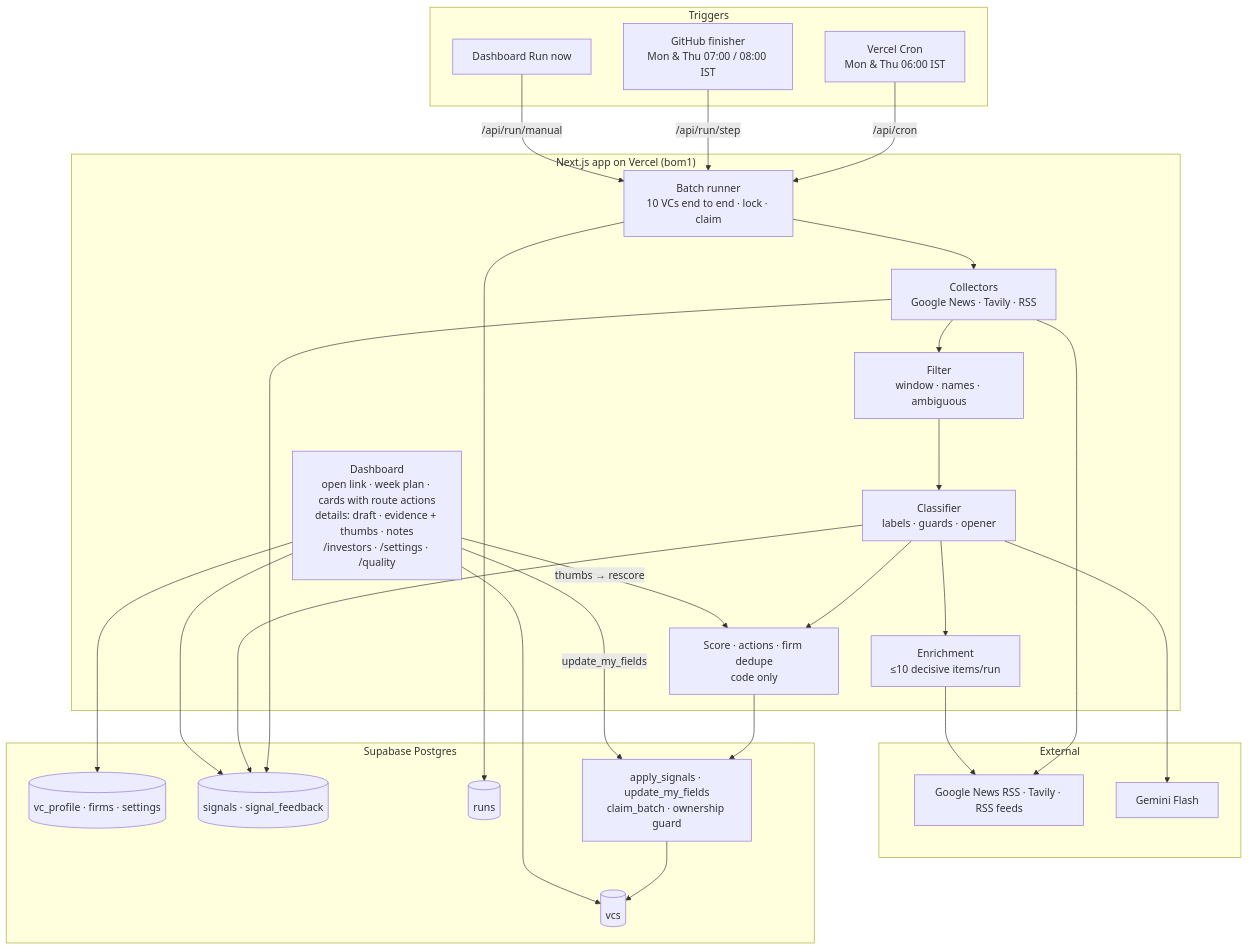
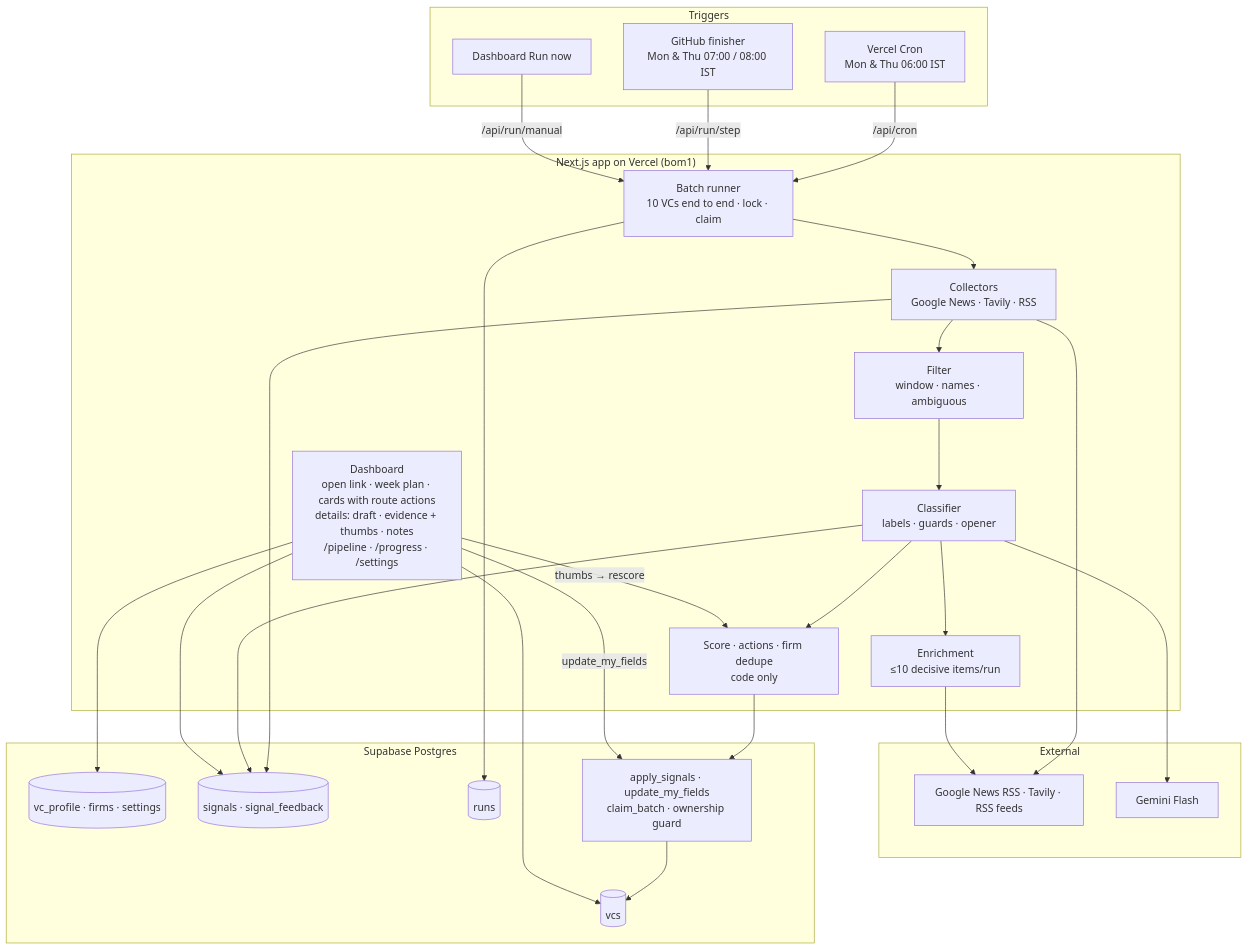
One commit to utkarshmesa/DashboardVC changed the diagram in README.md. Above: the diagram before and after it, drawn with Mermaid. The commit also changed other lines of this file and 47 other files, not shown here.

First line of the commit message:
Plan V2: signal-first recommendations, problem-only persona, to-do and progress dashboard

````diff
--- a/README.md
+++ b/README.md
@@ -103,41 +103,41 @@
 ```mermaid
 flowchart TB
   subgraph Triggers
     CRON[Vercel Cron<br/>Mon & Thu 06:00 IST]
     GH[GitHub finisher<br/>Mon & Thu 07:00 / 08:00 IST]
     RUNNOW[Dashboard Run now]
   end
   subgraph Vercel["Next.js app on Vercel (bom1)"]
-    DASH[Dashboard<br/>open link · week plan · cards with route actions<br/>details: draft · evidence + thumbs · notes<br/>/investors · /settings · /quality]
+    DASH[Dashboard<br/>open link · week plan · cards with route actions<br/>details: draft · evidence + thumbs · notes<br/>/pipeline · /progress · /settings]
     RUN[Batch runner<br/>10 VCs end to end · lock · claim]
     COL[Collectors<br/>Google News · Tavily · RSS] --> FIL[Filter<br/>window · names · ambiguous] --> CLS[Classifier<br/>labels · guards · opener] --> SCO[Score · actions · firm dedupe<br/>code only]
     ENR[Enrichment<br/>≤10 decisive items/run]
   end
   subgraph External
     SRC[Google News RSS · Tavily · RSS feeds]
     GEM[Gemini Flash]
   end
   subgraph Supabase["Supabase Postgres"]
     VCS[(vcs)]
     PRO[(vc_profile · firms · settings)]
     SIG[(signals · signal_feedback)]
     RUNS[(runs)]
     RPC[apply_signals · update_my_fields<br/>claim_batch · ownership guard]
   end
   CRON -->|/api/cron| RUN
   GH -->|/api/run/step| RUN
   RUNNOW -->|/api/run/manual| RUN
   RUN --> COL
   COL --> SRC
   CLS --> GEM
   CLS --> ENR --> SRC
   COL --> SIG
   CLS --> SIG
   RUN --> RUNS
   SCO --> RPC --> VCS
   DASH -->|update_my_fields| RPC
   DASH -->|thumbs → rescore| SCO
   DASH --> VCS
   DASH --> SIG
   DASH --> PRO
 ```
````
